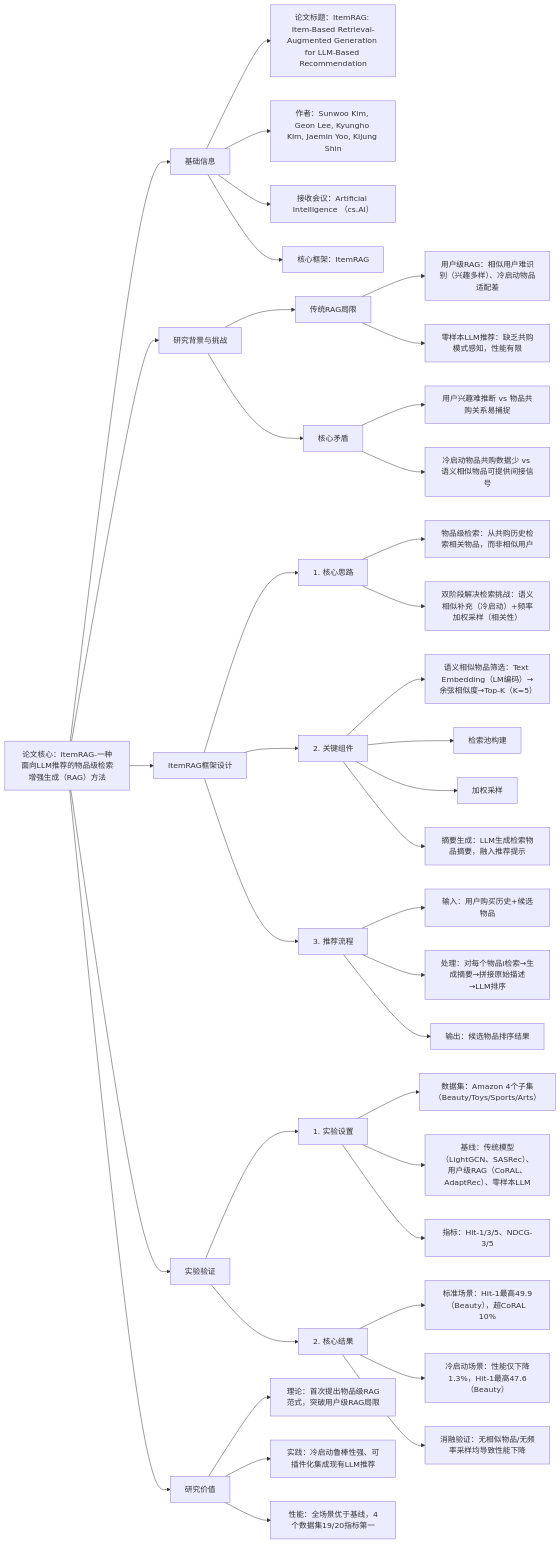
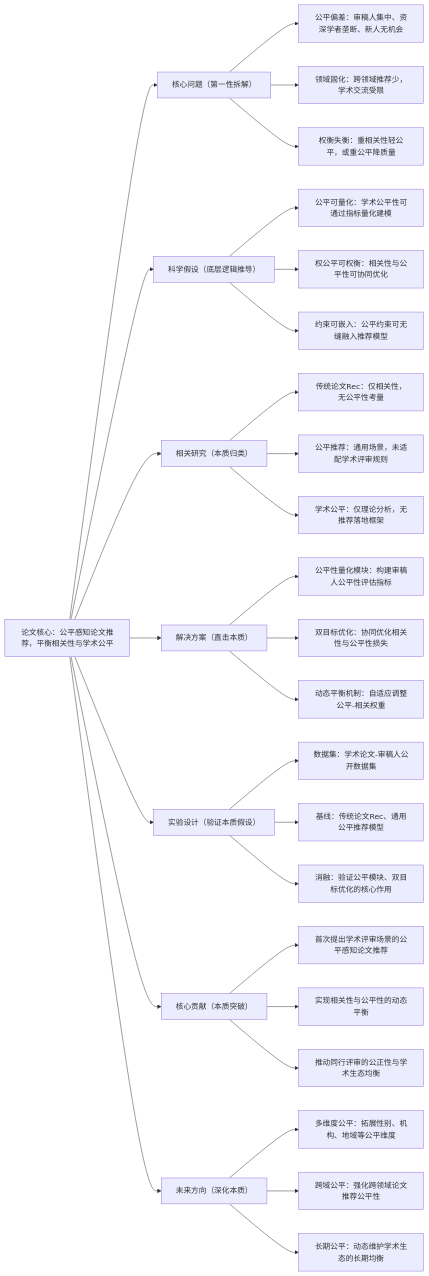
One commit to stephenZkang/recommended-paper-weekly-reading changed the diagram in notes/2026/2602/3-week/005-ItemRAG.md. Above: the diagram before and after it, drawn with Mermaid. The commit also changed other lines of this file and 4 other files, not shown here.

````diff
--- a/notes/2026/2602/3-week/005-ItemRAG.md
+++ b/notes/2026/2602/3-week/005-ItemRAG.md
@@ -8,50 +9,39 @@
 ```mermaid
 graph LR
-A[论文核心：ItemRAG-一种面向LLM推荐的物品级检索增强生成（RAG）方法] --> B[基础信息]
+    Root[论文核心：公平感知论文推荐，平衡相关性与学术公平]
+    Root --> A[核心问题（第一性拆解）]
+    A --> A1[公平偏差：审稿人集中、资深学者垄断、新人无机会]
+    A --> A2[领域固化：跨领域推荐少，学术交流受限]
+    A --> A3[权衡失衡：重相关性轻公平，或重公平降质量]
+    
+    Root --> B[科学假设（底层逻辑推导）]
+    B --> B1[公平可量化：学术公平性可通过指标量化建模]
+    B --> B2[权公平可权衡：相关性与公平性可协同优化]
+    B --> B3[约束可嵌入：公平约束可无缝融入推荐模型]
+    
+    Root --> C[相关研究（本质归类）]
+    C --> C1[传统论文Rec：仅相关性，无公平性考量]
+    C --> C2[公平推荐：通用场景，未适配学术评审规则]
+    C --> C3[学术公平：仅理论分析，无推荐落地框架]
+    
+    Root --> D[解决方案（直击本质）]
+    D --> D1[公平性量化模块：构建审稿人公平性评估指标]
+    D --> D2[双目标优化：协同优化相关性与公平性损失]
+    D --> D3[动态平衡机制：自适应调整公平-相关权重]
+    
+    Root --> E[实验设计（验证本质假设）]
+    E --> E1[数据集：学术论文-审稿人公开数据集]
+    E --> E2[基线：传统论文Rec、通用公平推荐模型]
+    E --> E3[消融：验证公平模块、双目标优化的核心作用]
+    
+    Root --> F[核心贡献（本质突破）]
+    F --> F1[首次提出学术评审场景的公平感知论文推荐]
+    F --> F2[实现相关性与公平性的动态平衡]
+    F --> F3[推动同行评审的公正性与学术生态均衡]
+    
+    Root --> G[未来方向（深化本质）]
+    G --> G1[多维度公平：拓展性别、机构、地域等公平维度]
+    G --> G2[跨域公平：强化跨领域论文推荐公平性]
+    G --> G3[长期公平：动态维护学术生态的长期均衡]
 
-B --> B1[论文标题：ItemRAG: Item-Based Retrieval-Augmented Generation for LLM-Based Recommendation]
-B --> B2[作者：Sunwoo Kim, Geon Lee, Kyungho Kim, Jaemin Yoo, Kijung Shin]
-B --> B3[接收会议：Artificial Intelligence （cs.AI）]
-B --> B4[核心框架：ItemRAG]
-
-A --> C[研究背景与挑战]
-C --> C1[传统RAG局限]
-C1 --> C11[用户级RAG：相似用户难识别（兴趣多样）、冷启动物品适配差]
-C1 --> C12[零样本LLM推荐：缺乏共购模式感知，性能有限]
-C --> C2[核心矛盾]
-C2 --> C21[用户兴趣难推断 vs 物品共购关系易捕捉]
-C2 --> C22[冷启动物品共购数据少 vs 语义相似物品可提供间接信号]
-
-A --> D[ItemRAG框架设计]
-
-D --> D1[1. 核心思路]
-D1 --> D11[物品级检索：从共购历史检索相关物品，而非相似用户]
-D1 --> D12[双阶段解决检索挑战：语义相似补充（冷启动）+频率加权采样（相关性）]
-D --> D2[2. 关键组件]
-D2 --> D21[语义相似物品筛选：Text Embedding（LM编码）→余弦相似度→Top-K（K=5）]
-D2 --> D22[检索池构建]
-D2 --> D23[加权采样]
-D2 --> D24[摘要生成：LLM生成检索物品摘要，融入推荐提示]
-D --> D3[3. 推荐流程]
-D3 --> D31[输入：用户购买历史+候选物品]
-D3 --> D32[处理：对每个物品i检索→生成摘要→拼接原始描述→LLM排序]
-D3 --> D33[输出：候选物品排序结果]
-
-
-A --> E[实验验证]
-
-E --> E1[1. 实验设置]
-E1 --> E11[数据集：Amazon 4个子集（Beauty/Toys/Sports/Arts）]
-E1 --> E12[基线：传统模型（LightGCN、SASRec）、用户级RAG（CoRAL、AdaptRec）、零样本LLM]
-E1 --> E13[指标：Hit-1/3/5、NDCG-3/5]
-E --> E2[2. 核心结果]
-E2 --> E21[标准场景：Hit-1最高49.9（Beauty），超CoRAL 10%]
-E2 --> E22[冷启动场景：性能仅下降1.3%，Hit-1最高47.6（Beauty）]
-E2 --> E23[消融验证：无相似物品/无频率采样均导致性能下降]
-
-A --> F[研究价值]
-
-F --> F1[理论：首次提出物品级RAG范式，突破用户级RAG局限]
-F --> F2[实践：冷启动鲁棒性强、可插件化集成现有LLM推荐]
-F --> F3[性能：全场景优于基线，4个数据集19/20指标第一]
 ```
````
